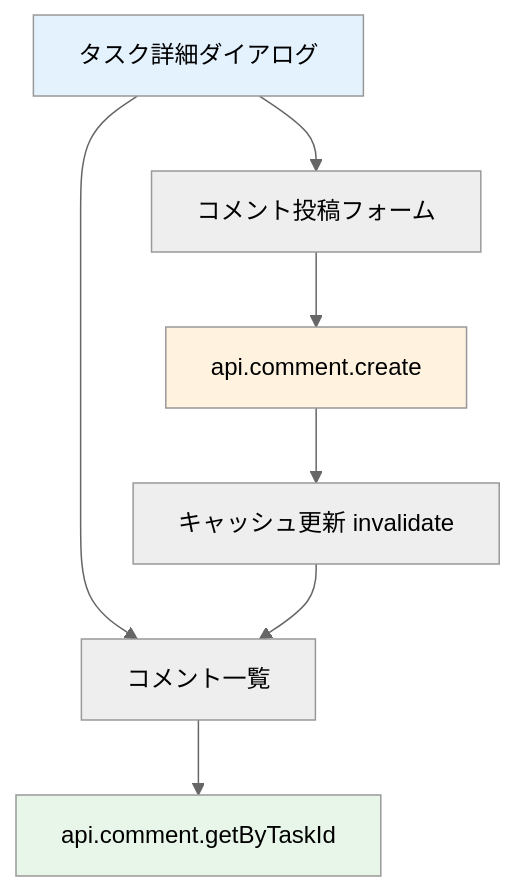
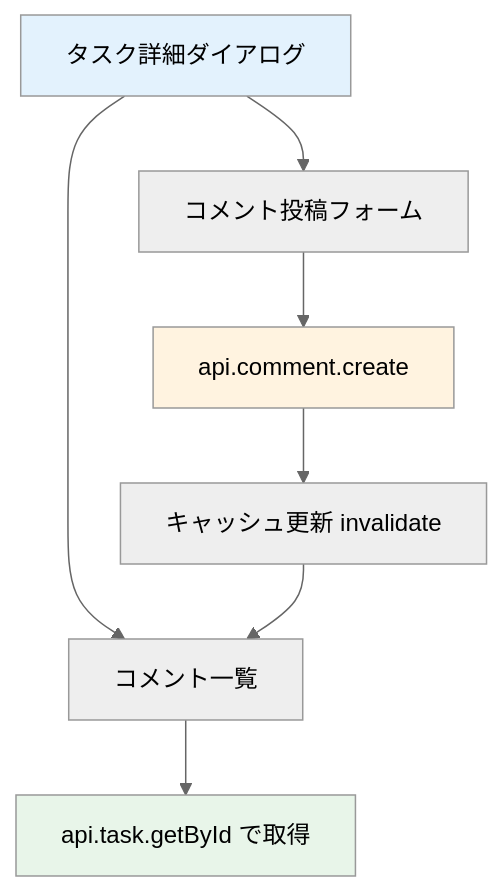
Before and after one commit to kouiso/task-app: the diagram in material/30days-curriculum/day18_コメント投稿.md, drawn with Mermaid (neutral theme). The commit also changed other lines of this file and 7 other files, not shown here.

````diff
--- a/material/30days-curriculum/day18_コメント投稿.md
+++ b/material/30days-curriculum/day18_コメント投稿.md
@@ -23,13 +23,13 @@
 ```mermaid
 graph TD
     A[タスク詳細ダイアログ] --> B[コメント一覧]
     A --> C[コメント投稿フォーム]
-    B --> D[api.comment.getByTaskId]
+    B --> D[api.task.getById で取得]
     C --> E[api.comment.create]
     E --> F[キャッシュ更新 invalidate]
     F --> B
 
     style A fill:#e3f2fd
     style D fill:#e8f5e9
     style E fill:#fff3e0
 ```
````
